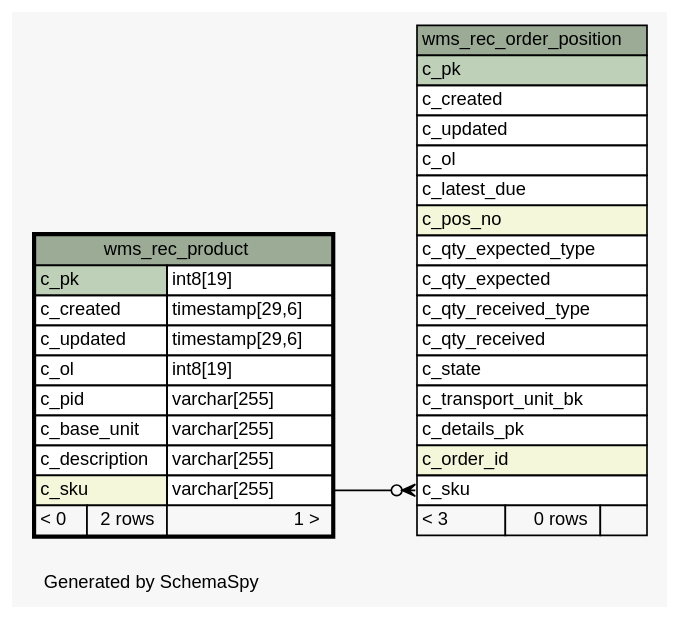
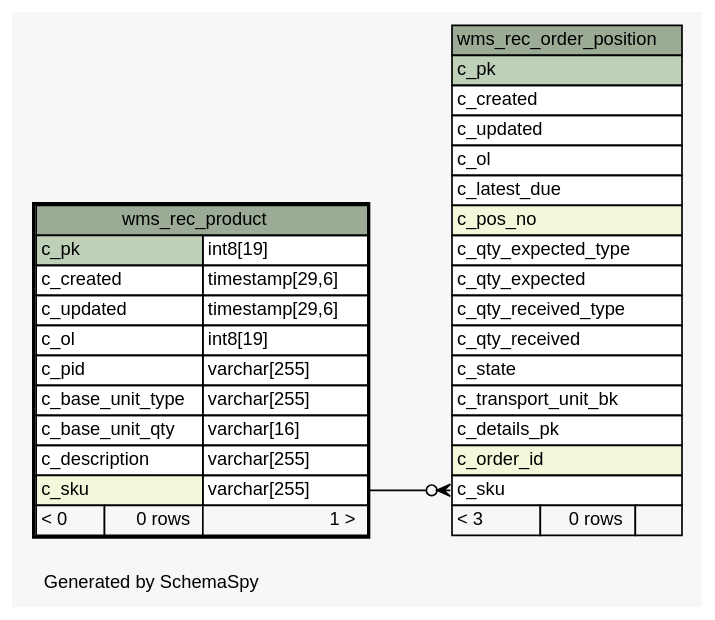
Before and after one commit to openwms/org.openwms.wms.receiving.lib: the diagram in 1.0.0-SNAPSHOT/schemaspy/diagrams/wms_rec_product.1degree.dot, drawn with Graphviz. The commit also changed 246 other files, not shown here.

```diff
--- a/1.0.0-SNAPSHOT/schemaspy/diagrams/wms_rec_product.1degree.dot
+++ b/1.0.0-SNAPSHOT/schemaspy/diagrams/wms_rec_product.1degree.dot
@@ -1,64 +1,65 @@
 // dot 2.38.0 on Linux 4.15.0-1077-gcp
 // SchemaSpy rev Unknown
 digraph "oneDegreeRelationshipsDiagram" {
   graph [
     rankdir="RL"
     bgcolor="#f7f7f7"
     label="\nGenerated by SchemaSpy"
     labeljust="l"
     nodesep="0.18"
     ranksep="0.46"
     fontname="Helvetica"
     fontsize="11"
   ];
   node [
     fontname="Helvetica"
     fontsize="11"
     shape="plaintext"
   ];
   edge [
     arrowsize="0.8"
   ];
   "wms_rec_order_position":"c_sku":w -> "wms_rec_product":"c_sku.type":e [arrowhead=none dir=back arrowtail=crowodot];
   "wms_rec_order_position" [
     label=<
     <TABLE BORDER="0" CELLBORDER="1" CELLSPACING="0" BGCOLOR="#ffffff">
       <TR><TD COLSPAN="3" BGCOLOR="#9bab96" ALIGN="CENTER">wms_rec_order_position</TD></TR>
       <TR><TD PORT="c_pk" COLSPAN="3" BGCOLOR="#bed1b8" ALIGN="LEFT">c_pk</TD></TR>
       <TR><TD PORT="c_created" COLSPAN="3" ALIGN="LEFT">c_created</TD></TR>
       <TR><TD PORT="c_updated" COLSPAN="3" ALIGN="LEFT">c_updated</TD></TR>
       <TR><TD PORT="c_ol" COLSPAN="3" ALIGN="LEFT">c_ol</TD></TR>
       <TR><TD PORT="c_latest_due" COLSPAN="3" ALIGN="LEFT">c_latest_due</TD></TR>
       <TR><TD PORT="c_pos_no" COLSPAN="3" BGCOLOR="#f4f7da" ALIGN="LEFT">c_pos_no</TD></TR>
       <TR><TD PORT="c_qty_expected_type" COLSPAN="3" ALIGN="LEFT">c_qty_expected_type</TD></TR>
       <TR><TD PORT="c_qty_expected" COLSPAN="3" ALIGN="LEFT">c_qty_expected</TD></TR>
       <TR><TD PORT="c_qty_received_type" COLSPAN="3" ALIGN="LEFT">c_qty_received_type</TD></TR>
       <TR><TD PORT="c_qty_received" COLSPAN="3" ALIGN="LEFT">c_qty_received</TD></TR>
       <TR><TD PORT="c_state" COLSPAN="3" ALIGN="LEFT">c_state</TD></TR>
       <TR><TD PORT="c_transport_unit_bk" COLSPAN="3" ALIGN="LEFT">c_transport_unit_bk</TD></TR>
       <TR><TD PORT="c_details_pk" COLSPAN="3" ALIGN="LEFT">c_details_pk</TD></TR>
       <TR><TD PORT="c_order_id" COLSPAN="3" BGCOLOR="#f4f7da" ALIGN="LEFT">c_order_id</TD></TR>
       <TR><TD PORT="c_sku" COLSPAN="3" ALIGN="LEFT">c_sku</TD></TR>
       <TR><TD ALIGN="LEFT" BGCOLOR="#f7f7f7">&lt; 3</TD><TD ALIGN="RIGHT" BGCOLOR="#f7f7f7">0 rows</TD><TD ALIGN="RIGHT" BGCOLOR="#f7f7f7">  </TD></TR>
     </TABLE>>
     URL="wms_rec_order_position.html"
     tooltip="wms_rec_order_position"
   ];
   "wms_rec_product" [
     label=<
     <TABLE BORDER="2" CELLBORDER="1" CELLSPACING="0" BGCOLOR="#ffffff">
       <TR><TD COLSPAN="3" BGCOLOR="#9bab96" ALIGN="CENTER">wms_rec_product</TD></TR>
       <TR><TD PORT="c_pk" COLSPAN="2" BGCOLOR="#bed1b8" ALIGN="LEFT">c_pk</TD><TD PORT="c_pk.type" ALIGN="LEFT">int8[19]</TD></TR>
       <TR><TD PORT="c_created" COLSPAN="2" ALIGN="LEFT">c_created</TD><TD PORT="c_created.type" ALIGN="LEFT">timestamp[29,6]</TD></TR>
       <TR><TD PORT="c_updated" COLSPAN="2" ALIGN="LEFT">c_updated</TD><TD PORT="c_updated.type" ALIGN="LEFT">timestamp[29,6]</TD></TR>
       <TR><TD PORT="c_ol" COLSPAN="2" ALIGN="LEFT">c_ol</TD><TD PORT="c_ol.type" ALIGN="LEFT">int8[19]</TD></TR>
       <TR><TD PORT="c_pid" COLSPAN="2" ALIGN="LEFT">c_pid</TD><TD PORT="c_pid.type" ALIGN="LEFT">varchar[255]</TD></TR>
-      <TR><TD PORT="c_base_unit" COLSPAN="2" ALIGN="LEFT">c_base_unit</TD><TD PORT="c_base_unit.type" ALIGN="LEFT">varchar[255]</TD></TR>
+      <TR><TD PORT="c_base_unit_type" COLSPAN="2" ALIGN="LEFT">c_base_unit_type</TD><TD PORT="c_base_unit_type.type" ALIGN="LEFT">varchar[255]</TD></TR>
+      <TR><TD PORT="c_base_unit_qty" COLSPAN="2" ALIGN="LEFT">c_base_unit_qty</TD><TD PORT="c_base_unit_qty.type" ALIGN="LEFT">varchar[16]</TD></TR>
       <TR><TD PORT="c_description" COLSPAN="2" ALIGN="LEFT">c_description</TD><TD PORT="c_description.type" ALIGN="LEFT">varchar[255]</TD></TR>
       <TR><TD PORT="c_sku" COLSPAN="2" BGCOLOR="#f4f7da" ALIGN="LEFT">c_sku</TD><TD PORT="c_sku.type" ALIGN="LEFT">varchar[255]</TD></TR>
-      <TR><TD ALIGN="LEFT" BGCOLOR="#f7f7f7">&lt; 0</TD><TD ALIGN="RIGHT" BGCOLOR="#f7f7f7">2 rows</TD><TD ALIGN="RIGHT" BGCOLOR="#f7f7f7">1 &gt;</TD></TR>
+      <TR><TD ALIGN="LEFT" BGCOLOR="#f7f7f7">&lt; 0</TD><TD ALIGN="RIGHT" BGCOLOR="#f7f7f7">0 rows</TD><TD ALIGN="RIGHT" BGCOLOR="#f7f7f7">1 &gt;</TD></TR>
     </TABLE>>
     URL="wms_rec_product.html"
     tooltip="wms_rec_product"
   ];
 }
```
